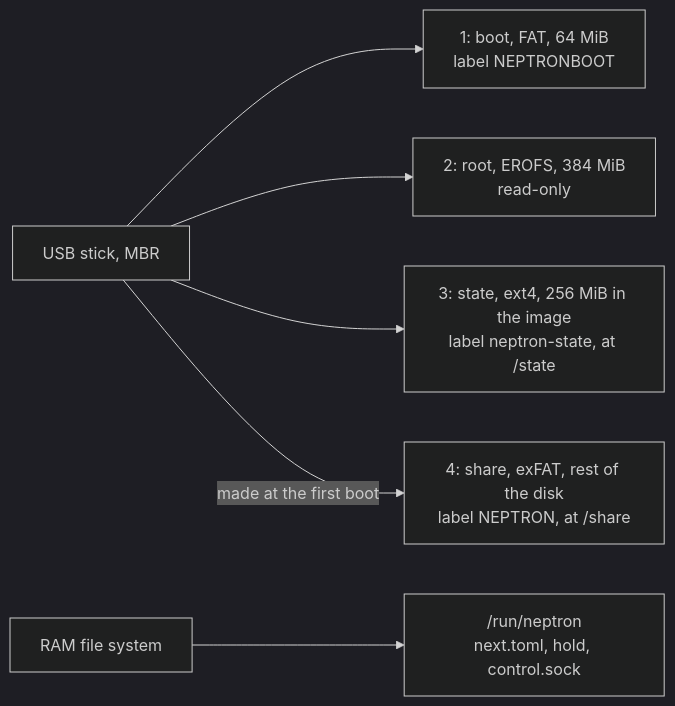
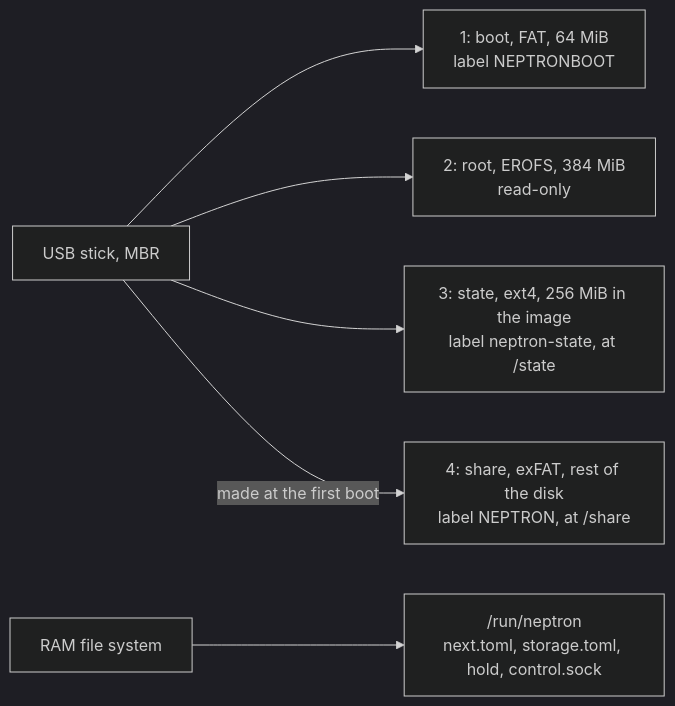
The first of 4 diagrams in docs/flows/08-on-disk.md (paologaleotti/neptron), drawn with Mermaid (dark theme) before and after one commit. The commit also changed other lines of this file and 8 other files, not shown here.

````diff
--- a/docs/flows/08-on-disk.md
+++ b/docs/flows/08-on-disk.md
@@ -9,8 +9,8 @@
 ```mermaid
 flowchart LR
     DISK["USB stick, MBR"] --> P1["1: boot, FAT, 64 MiB<br/>label NEPTRONBOOT"]
     DISK --> P2["2: root, EROFS, 384 MiB<br/>read-only"]
     DISK --> P3["3: state, ext4, 256 MiB in the image<br/>label neptron-state, at /state"]
     DISK -->|"made at the first boot"| P4["4: share, exFAT, rest of the disk<br/>label NEPTRON, at /share"]
-    RAM["RAM file system"] --> RUN["/run/neptron<br/>next.toml, hold, control.sock"]
+    RAM["RAM file system"] --> RUN["/run/neptron<br/>next.toml, storage.toml, hold, control.sock"]
 ```
````
